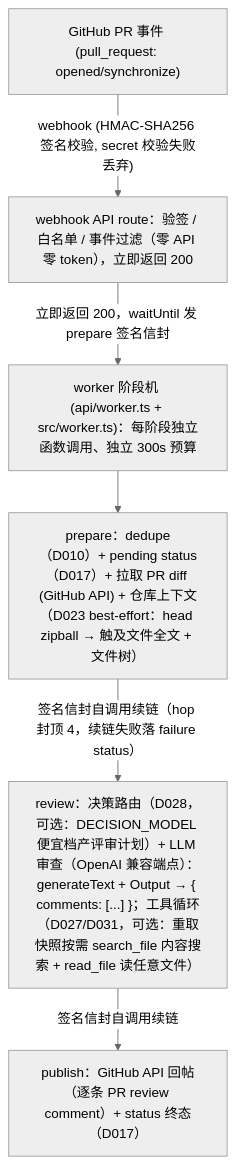
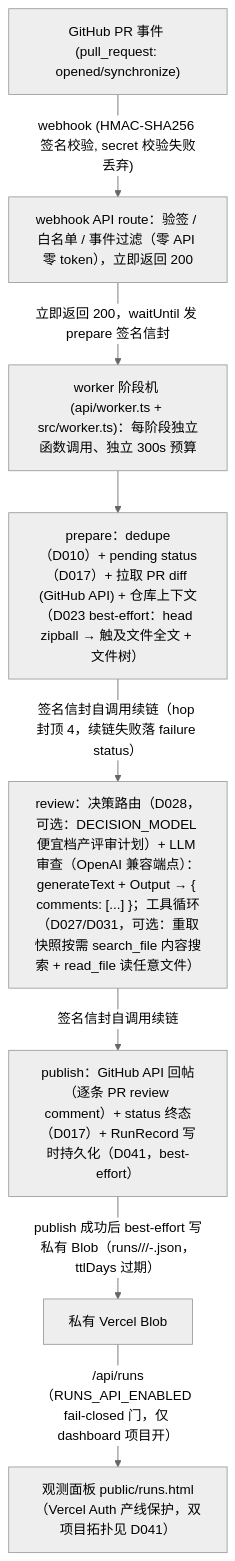
One commit to blingblingredstar/pr-review-agent changed the diagram in docs/architecture.md. Above: the diagram before and after it, drawn with Mermaid (neutral theme). The commit also changed other lines of this file and 16 other files, not shown here.

First line of the commit message:
feat: 运行观测面板——Run 写时持久化（私有 Blob）+ dashboard（D041，#122）

````diff
--- a/docs/architecture.md
+++ b/docs/architecture.md
@@ -7,8 +7,10 @@
 ```mermaid
 flowchart TD
     A["GitHub PR 事件 (pull_request: opened/synchronize)"] -->|"webhook (HMAC-SHA256 签名校验, secret 校验失败丢弃)"| B["webhook API route：验签 / 白名单 / 事件过滤（零 API 零 token），立即返回 200"]
     B -->|"立即返回 200，waitUntil 发 prepare 签名信封"| W["worker 阶段机 (api/worker.ts + src/worker.ts)：每阶段独立函数调用、独立 300s 预算"]
     W --> P["prepare：dedupe（D010）+ pending status（D017）+ 拉取 PR diff (GitHub API) + 仓库上下文（D023 best-effort：head zipball → 触及文件全文 + 文件树）"]
-    P -->|"签名信封自调用续链（hop 封顶 4，续链失败落 failure status）"| R["review：决策路由（D028，可选：DECISION_MODEL 便宜档产评审计划）+ LLM 审查（OpenAI 兼容端点）：generateText + Output → { comments: [...] }；工具循环（D027/D031，可选：重取快照按需 search_file 内容搜索 + read_file 读任意文件）"]
-    R -->|"签名信封自调用续链"| PB["publish：GitHub API 回帖（逐条 PR review comment）+ status 终态（D017）"]
+P -->|"签名信封自调用续链（hop 封顶 4，续链失败落 failure status）"| R["review：决策路由（D028，可选：DECISION_MODEL 便宜档产评审计划）+ LLM 审查（OpenAI 兼容端点）：generateText + Output → { comments: [...] }；工具循环（D027/D031，可选：重取快照按需 search_file 内容搜索 + read_file 读任意文件）"]
+R -->|"签名信封自调用续链"| PB["publish：GitHub API 回帖（逐条 PR review comment）+ status 终态（D017）+ RunRecord 写时持久化（D041，best-effort）"]
+PB -->|"publish 成功后 best-effort 写私有 Blob（runs/<owner>/<repo>/<pr>-<sha>.json，ttlDays 过期）"| BLOB["私有 Vercel Blob"]
+BLOB -->|"/api/runs（RUNS_API_ENABLED fail-closed 门，仅 dashboard 项目开）"| DASH["观测面板 public/runs.html（Vercel Auth 产线保护，双项目拓扑见 D041）"]
 ```
````
